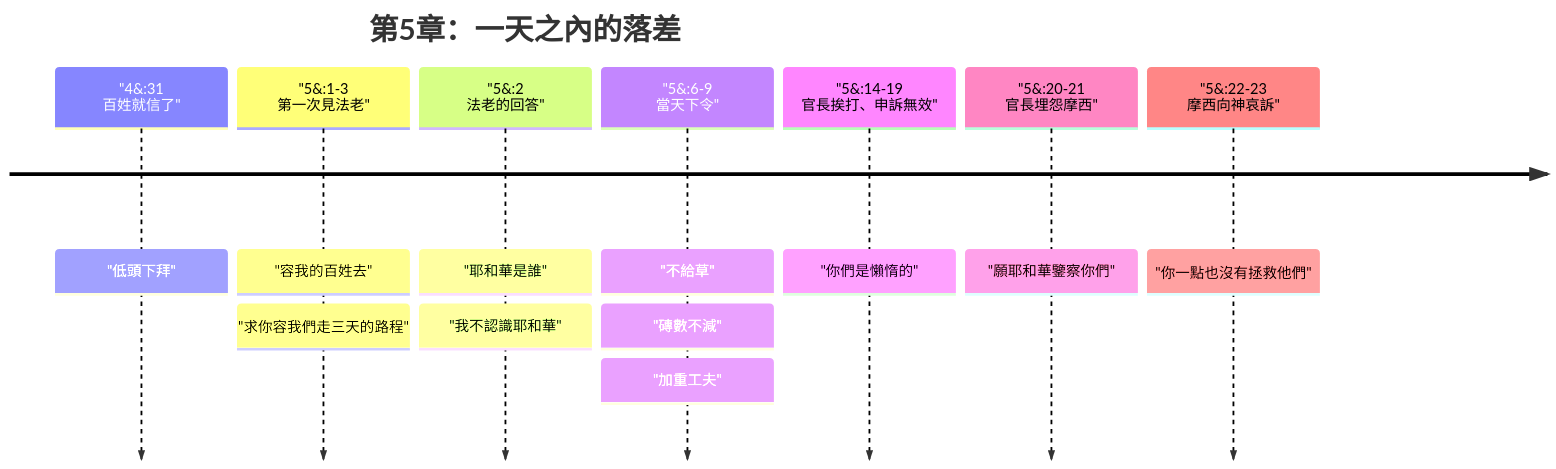
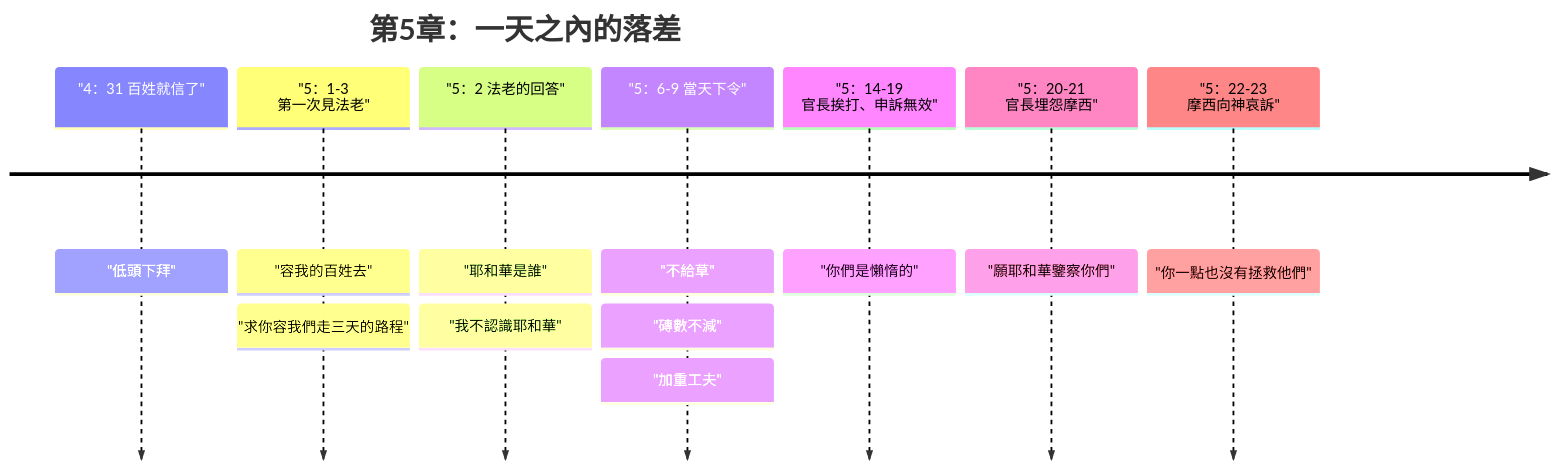
Before and after one commit to andyjr5566/Bible_wiki_zh: the second of 2 diagrams in 02 出埃及記/第5章.md, drawn with Mermaid. The commit also changed 9 other files, not shown here.

````diff
--- a/02 出埃及記/第5章.md
+++ b/02 出埃及記/第5章.md
@@ -223,11 +223,11 @@
 ```mermaid
 timeline
     title 第5章：一天之內的落差
-    "4&#58;31 百姓就信了" : "低頭下拜"
-    "5&#58;1-3 第一次見法老" : "容我的百姓去" : "求你容我們走三天的路程"
-    "5&#58;2 法老的回答" : "耶和華是誰" : "我不認識耶和華"
-    "5&#58;6-9 當天下令" : "不給草" : "磚數不減" : "加重工夫"
-    "5&#58;14-19 官長挨打、申訴無效" : "你們是懶惰的"
-    "5&#58;20-21 官長埋怨摩西" : "願耶和華鑒察你們"
-    "5&#58;22-23 摩西向神哀訴" : "你一點也沒有拯救他們"
+    "4：31 百姓就信了" : "低頭下拜"
+    "5：1-3 第一次見法老" : "容我的百姓去" : "求你容我們走三天的路程"
+    "5：2 法老的回答" : "耶和華是誰" : "我不認識耶和華"
+    "5：6-9 當天下令" : "不給草" : "磚數不減" : "加重工夫"
+    "5：14-19 官長挨打、申訴無效" : "你們是懶惰的"
+    "5：20-21 官長埋怨摩西" : "願耶和華鑒察你們"
+    "5：22-23 摩西向神哀訴" : "你一點也沒有拯救他們"
 ```
````
